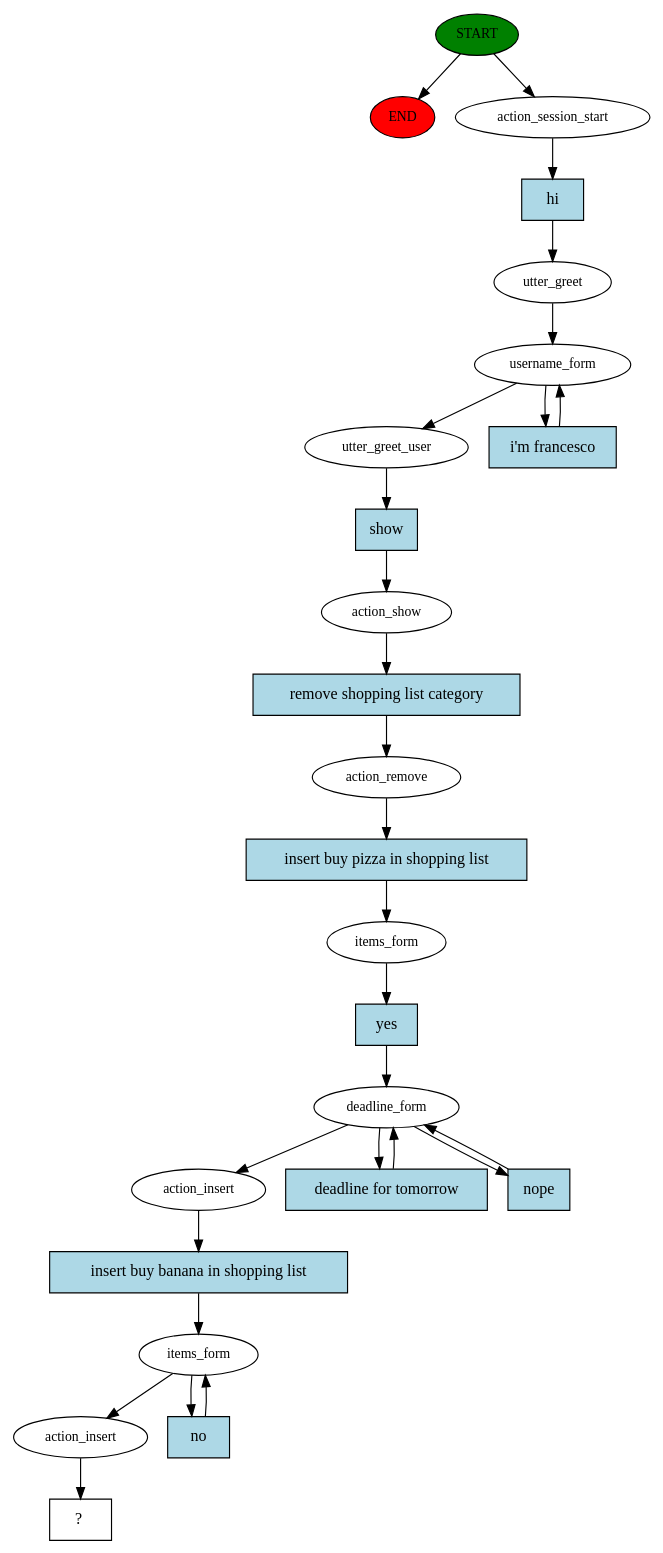
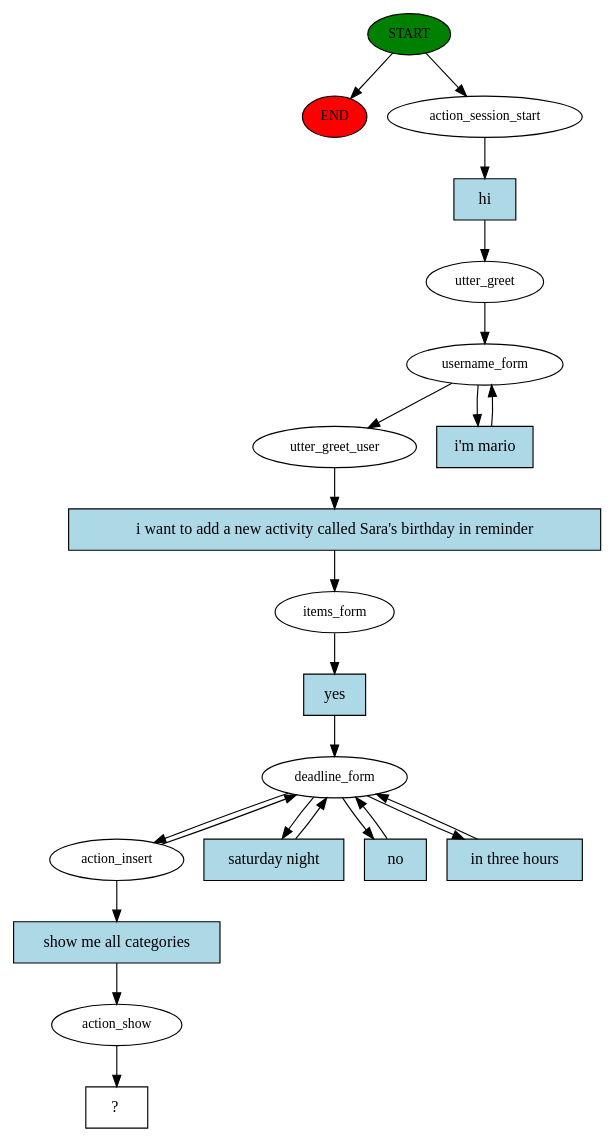
Before and after one commit to S0nFra/cogrob-todolist: the diagram in src/rasa_ros/chatbot/story_graph.dot, drawn with Graphviz. The commit also changed 6 other files, not shown here.

```diff
--- a/src/rasa_ros/chatbot/story_graph.dot
+++ b/src/rasa_ros/chatbot/story_graph.dot
@@ -1,53 +1,44 @@
 digraph  {
 0 [class="start active", fillcolor=green, fontsize=12, label=START, style=filled];
 "-1" [class=end, fillcolor=red, fontsize=12, label=END, style=filled];
 1 [class=active, fontsize=12, label=action_session_start];
 2 [class=active, fontsize=12, label=utter_greet];
 3 [class=active, fontsize=12, label=username_form];
 5 [class=active, fontsize=12, label=utter_greet_user];
-6 [class=active, fontsize=12, label=action_show];
-7 [class=active, fontsize=12, label=action_remove];
-8 [class=active, fontsize=12, label=items_form];
-9 [class=active, fontsize=12, label=deadline_form];
-12 [class=active, fontsize=12, label=action_insert];
-13 [class=active, fontsize=12, label=items_form];
-15 [class=active, fontsize=12, label=action_insert];
+6 [class=active, fontsize=12, label=items_form];
+7 [class=active, fontsize=12, label=deadline_form];
+10 [class=active, fontsize=12, label=action_insert];
+15 [class=active, fontsize=12, label=action_show];
 16 [class="intent dashed active", label="  ?  ", shape=rect];
 17 [class="intent active", fillcolor=lightblue, label=hi, shape=rect, style=filled];
-18 [class="intent active", fillcolor=lightblue, label="i'm francesco", shape=rect, style=filled];
-19 [class="intent active", fillcolor=lightblue, label=show, shape=rect, style=filled];
-20 [class="intent active", fillcolor=lightblue, label="remove shopping list category", shape=rect, style=filled];
-21 [class="intent active", fillcolor=lightblue, label="insert buy pizza in shopping list", shape=rect, style=filled];
-22 [class="intent active", fillcolor=lightblue, label=yes, shape=rect, style=filled];
-23 [class="intent active", fillcolor=lightblue, label="deadline for tomorrow", shape=rect, style=filled];
-24 [class="intent active", fillcolor=lightblue, label=nope, shape=rect, style=filled];
-25 [class="intent active", fillcolor=lightblue, label="insert buy banana in shopping list", shape=rect, style=filled];
-26 [class="intent active", fillcolor=lightblue, label=no, shape=rect, style=filled];
+18 [class="intent active", fillcolor=lightblue, label="i'm mario", shape=rect, style=filled];
+19 [class="intent active", fillcolor=lightblue, label="i want to add a new activity called Sara's birthday in reminder", shape=rect, style=filled];
+20 [class="intent active", fillcolor=lightblue, label=yes, shape=rect, style=filled];
+21 [class="intent active", fillcolor=lightblue, label="saturday night", shape=rect, style=filled];
+22 [class="intent active", fillcolor=lightblue, label=no, shape=rect, style=filled];
+23 [class="intent active", fillcolor=lightblue, label="in three hours", shape=rect, style=filled];
+24 [class="intent active", fillcolor=lightblue, label="show me all categories", shape=rect, style=filled];
 0 -> "-1"  [class="", key=NONE, label=""];
 0 -> 1  [class=active, key=NONE, label=""];
 1 -> 17  [class=active, key=0];
 2 -> 3  [class=active, key=NONE, label=""];
 3 -> 5  [class=active, key=NONE, label=""];
 3 -> 18  [class=active, key=0];
 5 -> 19  [class=active, key=0];
 6 -> 20  [class=active, key=0];
+7 -> 10  [class=active, key=NONE, label=""];
 7 -> 21  [class=active, key=0];
-8 -> 22  [class=active, key=0];
-9 -> 12  [class=active, key=NONE, label=""];
-9 -> 23  [class=active, key=0];
-9 -> 24  [class=active, key=0];
-12 -> 25  [class=active, key=0];
-13 -> 15  [class=active, key=NONE, label=""];
-13 -> 26  [class=active, key=0];
+7 -> 22  [class=active, key=0];
+7 -> 23  [class=active, key=0];
+10 -> 7  [class=active, key=NONE, label=""];
+10 -> 24  [class=active, key=0];
 15 -> 16  [class=active, key=NONE, label=""];
 17 -> 2  [class=active, key=0];
 18 -> 3  [class=active, key=0];
 19 -> 6  [class=active, key=0];
 20 -> 7  [class=active, key=0];
-21 -> 8  [class=active, key=0];
-22 -> 9  [class=active, key=0];
-23 -> 9  [class=active, key=0];
-24 -> 9  [class=active, key=0];
-25 -> 13  [class=active, key=0];
-26 -> 13  [class=active, key=0];
+21 -> 7  [class=active, key=0];
+22 -> 7  [class=active, key=0];
+23 -> 7  [class=active, key=0];
+24 -> 15  [class=active, key=0];
 }
```
